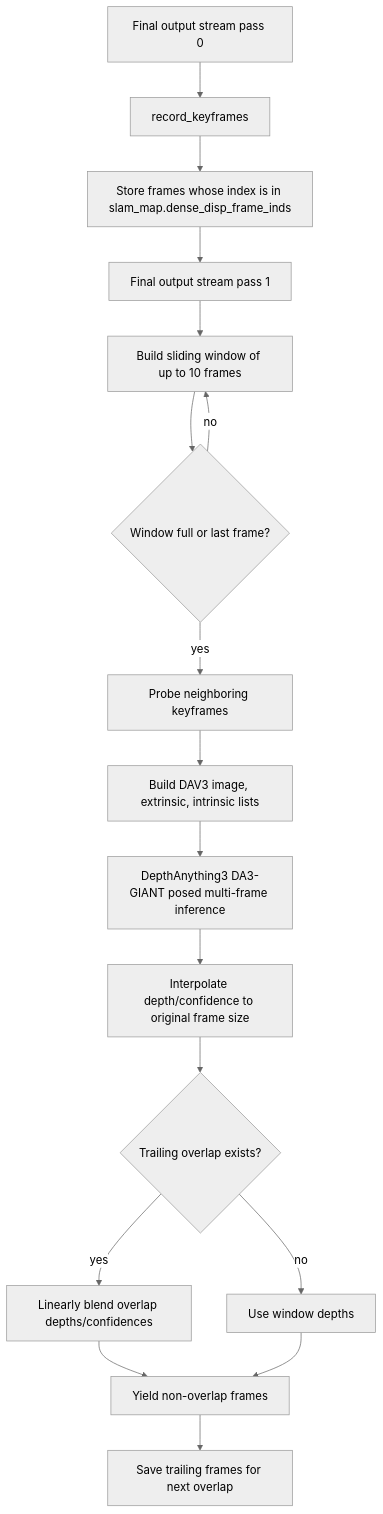
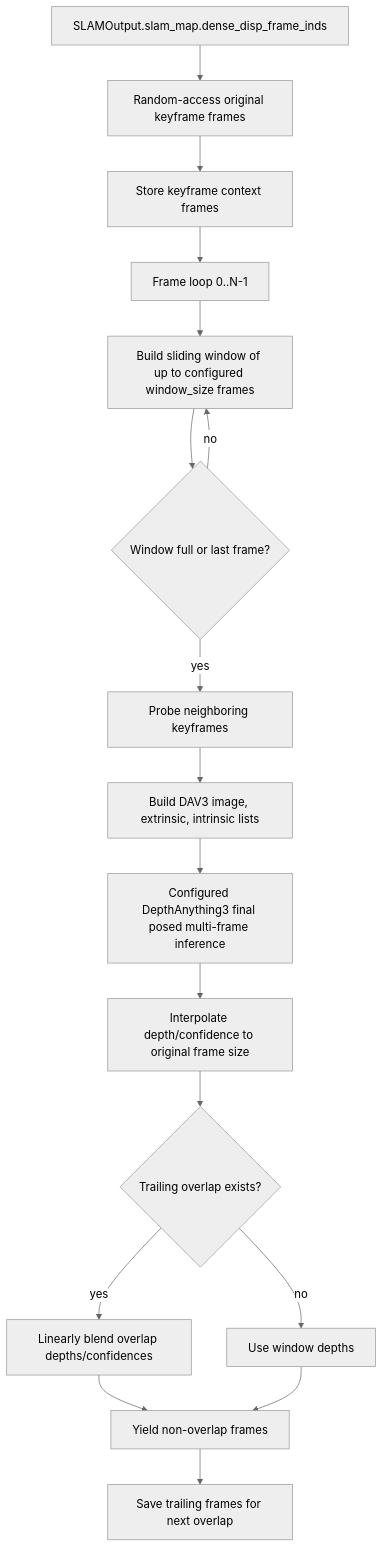
Diagram 11 of 13 in fullexplain.md (sadanand1120/vipe), drawn with Mermaid (neutral theme) before and after one commit. The commit also changed other lines of this file and 12 other files, not shown here.

````diff
--- a/fullexplain.md
+++ b/fullexplain.md
@@ -1810,19 +1798,19 @@
 ```mermaid
 flowchart TD
-    A[Final output stream pass 0] --> B[record_keyframes]
-    B --> C[Store frames whose index is in slam_map.dense_disp_frame_inds]
-    C --> D[Final output stream pass 1]
-    D --> E[Build sliding window of up to 10 frames]
+    A[SLAMOutput.slam_map.dense_disp_frame_inds] --> B[Random-access original keyframe frames]
+    B --> C[Store keyframe context frames]
+    C --> D[Frame loop 0..N-1]
+    D --> E[Build sliding window of up to configured window_size frames]
     E --> F{Window full or last frame?}
     F -->|no| E
     F -->|yes| G[Probe neighboring keyframes]
     G --> H[Build DAV3 image, extrinsic, intrinsic lists]
-    H --> I[DepthAnything3 DA3-GIANT posed multi-frame inference]
+    H --> I[Configured DepthAnything3 final posed multi-frame inference]
     I --> J[Interpolate depth/confidence to original frame size]
     J --> K{Trailing overlap exists?}
     K -->|yes| L[Linearly blend overlap depths/confidences]
     K -->|no| M[Use window depths]
     L --> N[Yield non-overlap frames]
     M --> N
     N --> O[Save trailing frames for next overlap]
 ```
````
